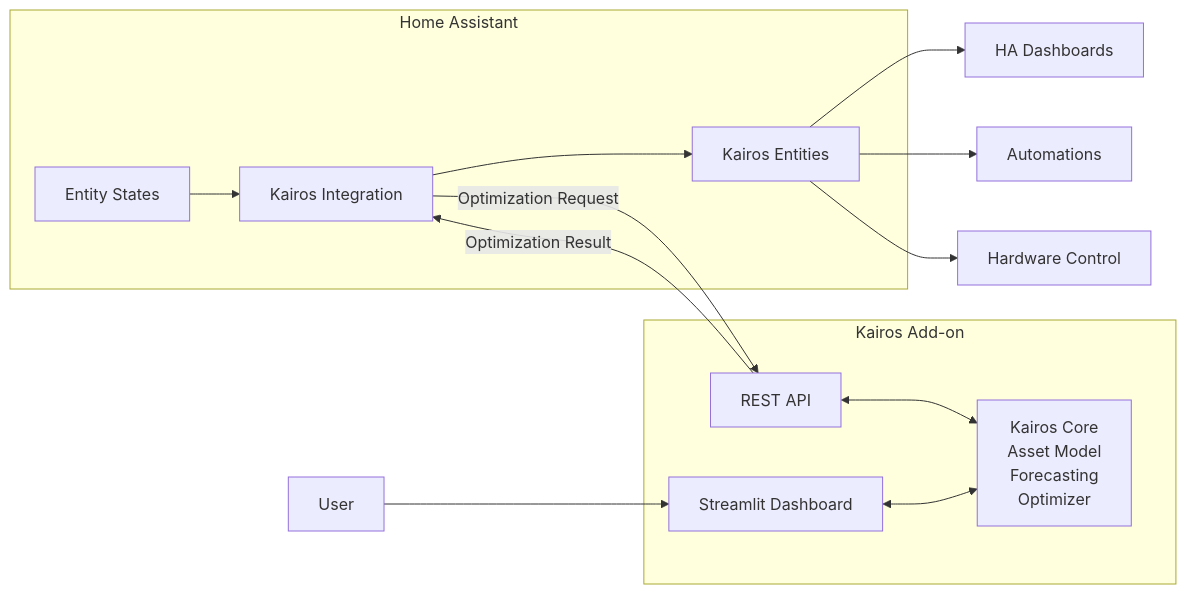
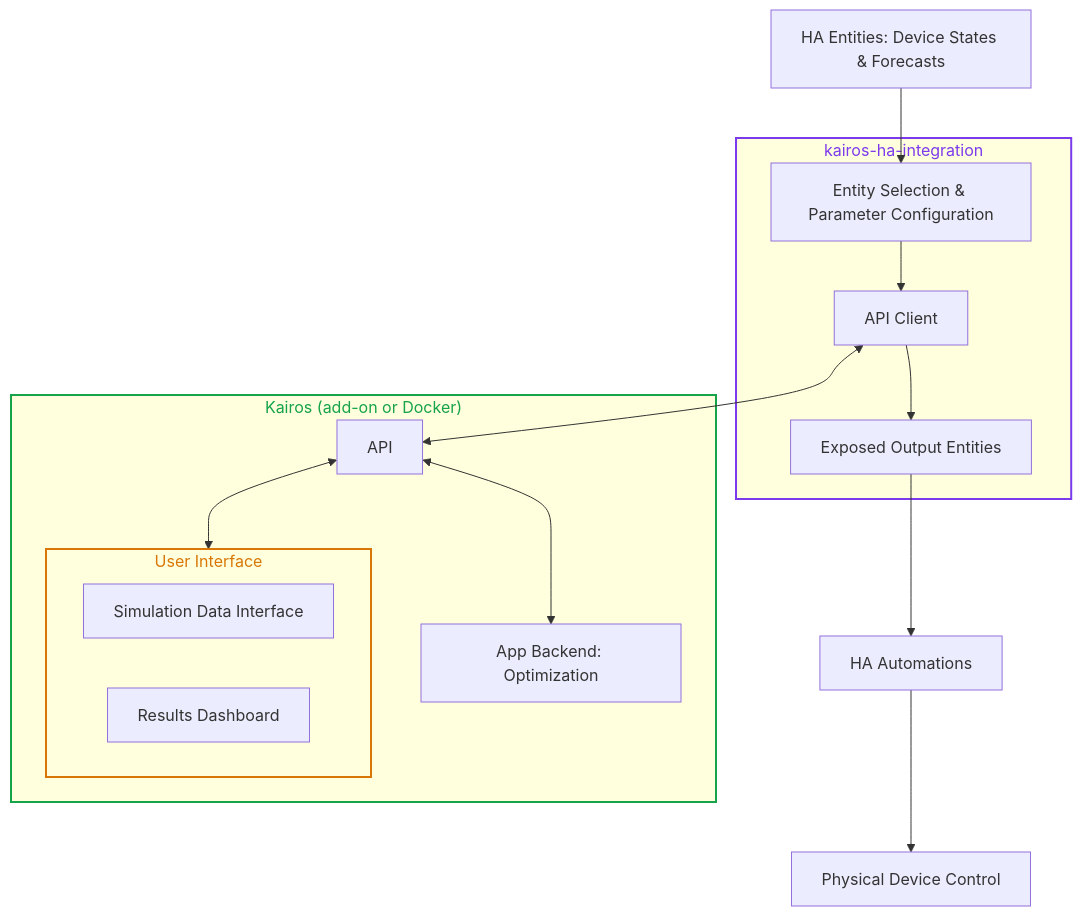
The diagram in ha_integration_architecture.md (janeaujanssen/Kairos), drawn with Mermaid before and after one commit. The commit also changed other lines of this file and 3 other files, not shown here.

Commit message:
base of ha integration architecture implemented

````diff
--- a/ha_integration_architecture.md
+++ b/ha_integration_architecture.md
@@ -14,32 +45,40 @@
 ```mermaid
-flowchart LR
+flowchart TB
+    A["HA Entities: Device States & Forecasts"]
 
-    subgraph HA["Home Assistant"]
-        ENT["Entity States"]
-        INT["Kairos Integration"]
-        EMSENT["Kairos Entities"]
-
-        ENT --> INT
-        INT --> EMSENT
+    subgraph INT["kairos-ha-integration"]
+        B["Entity Selection & Parameter Configuration"]
+        C["API Client"]
+        D["Exposed Output Entities"]
     end
 
-    subgraph ADDON["Kairos Add-on"]
-        API["REST API"]
+    subgraph APP["Kairos (add-on or Docker)"]
+        API["API"]
+        Backend["App Backend: Optimization"]
 
-        CORE["Kairos Core<br/>Asset Model<br/>Forecasting<br/>Optimizer"]
+        subgraph UI["User Interface"]
+            Simulation["Simulation Data Interface"]
+            Dashboard["Results Dashboard"]
+        end
 
-        UI["Streamlit Dashboard"]
-
-        API <--> CORE
-        UI <--> CORE
+        API <--> UI
+        API <--> Backend
     end
 
-    INT -->|Optimization Request| API
-    API -->|Optimization Result| INT
+    E["HA Automations"]
+    F["Physical Device Control"]
 
-    EMSENT --> DASH["HA Dashboards"]
-    EMSENT --> AUTO["Automations"]
-    EMSENT --> HW["Hardware Control"]
+    A --> B
+    B --> C
 
-    USER["User"] --> UI
+    C <--> API
+
+    C --> D
+    E --> F
+    D --> E
+
+%% Subgraph styling only
+style INT stroke:#7c3aed,color:#7c3aed,stroke-width:2px
+style APP stroke:#16a34a,color:#16a34a,stroke-width:2px
+style UI stroke:#d97706,color:#d97706,stroke-width:2px
 ```
````
